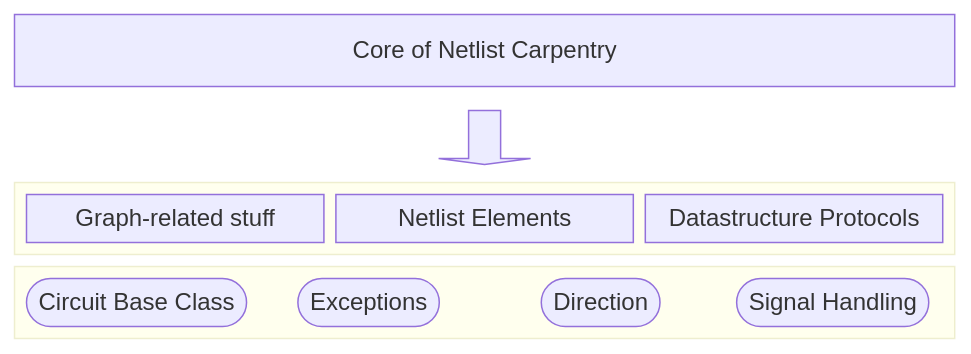
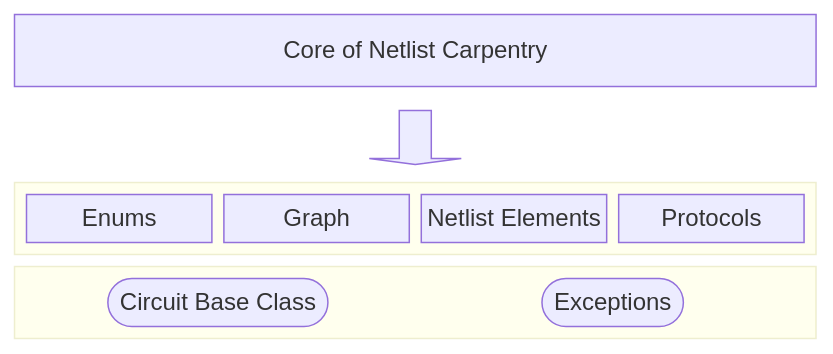
The second of 2 diagrams in docs/src/dev_guide/03_codebase_structure.md (IMMS-Ilmenau/netlist-carpentry), drawn with Mermaid before and after one commit. The commit also changed other lines of this file and 85 other files, not shown here.

````diff
--- a/docs/src/dev_guide/03_codebase_structure.md
+++ b/docs/src/dev_guide/03_codebase_structure.md
@@ -34,17 +34,16 @@
 ```mermaid
 block
 columns 1
     Core["Core of Netlist Carpentry"]
     arrow<["&nbsp;&nbsp;&nbsp;"]>(down)
     block:ID
-        G["Graph-related stuff"]
+        EN["Enums"]
+        G["Graph"]
         NE["Netlist Elements"]
-        P["Datastructure Protocols"]
+        P["Protocols"]
     end
     block:ID2
         C(["Circuit Base Class"])
         E(["Exceptions"])
-        D(["Direction"])
-        S(["Signal Handling"])
     end
 ```
````
